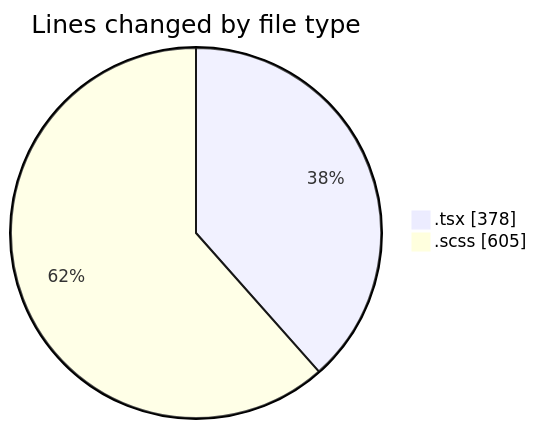
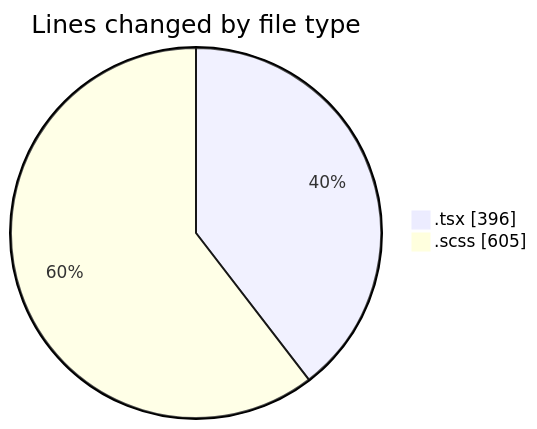
The first of 2 diagrams in 2025-03-27/cda/README.md (momahboobian/code-tracking), drawn with Mermaid before and after one commit. The commit also changed other lines of this file and 1 other file, not shown here.

````diff
--- a/2025-03-27/cda/README.md
+++ b/2025-03-27/cda/README.md
@@ -21,6 +21,6 @@
 ```mermaid
 pie showData
 title Lines changed by file type
-".tsx" : 378
+".tsx" : 396
 ".scss" : 605
 ```
````
